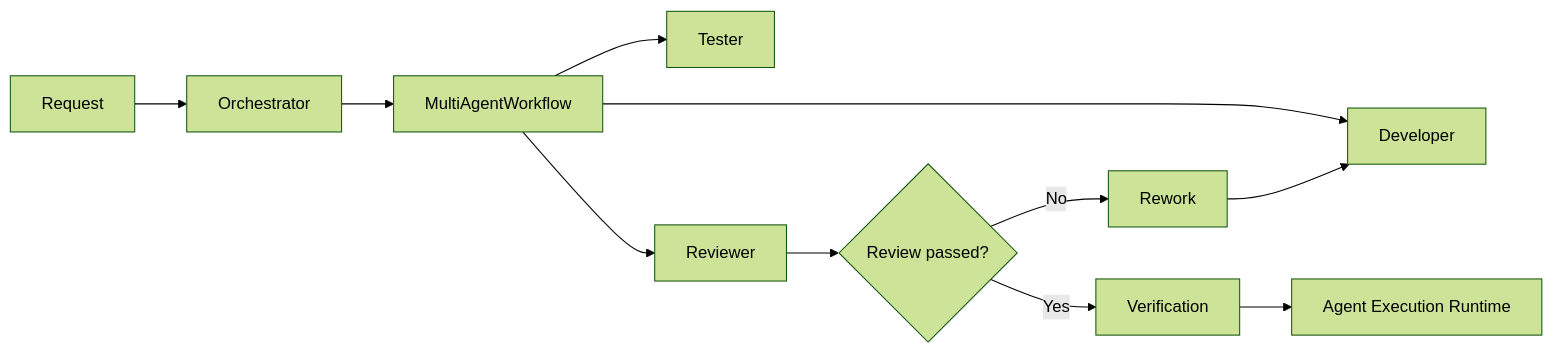
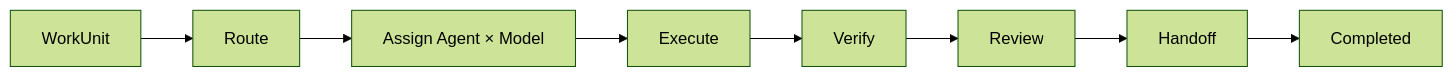
Before and after one commit to eaglesjo/MultiAgentOS: the third of 7 diagrams in README.md, drawn with Mermaid (forest theme). The commit also changed other lines of this file, not shown here.

Commit message:
docs: refresh README for 0.5.0 architecture

````diff
--- a/README.md
+++ b/README.md
@@ -80,16 +98,10 @@
-```mermaid
+~~~mermaid
 flowchart LR
-    REQUEST["Request"] --> ORCH["Orchestrator"]
-    ORCH --> WORKFLOW["MultiAgentWorkflow"]
-
-    WORKFLOW --> DEV["Developer"]
-    WORKFLOW --> TEST["Tester"]
-    WORKFLOW --> REVIEW["Reviewer"]
-
-    REVIEW --> DECISION{"Review passed?"}
-    DECISION -->|No| REWORK["Rework"]
-    REWORK --> DEV
-    DECISION -->|Yes| VERIFY["Verification"]
-
-    VERIFY --> RUNTIME["Agent Execution Runtime"]
-```
+    WU["WorkUnit"] --> ROUTE["Route"]
+    ROUTE --> ASSIGN["Assign Agent × Model"]
+    ASSIGN --> EXEC["Execute"]
+    EXEC --> VERIFY["Verify"]
+    VERIFY --> REVIEW["Review"]
+    REVIEW --> HANDOFF["Handoff"]
+    HANDOFF --> COMPLETE["Completed"]
+~~~
````
